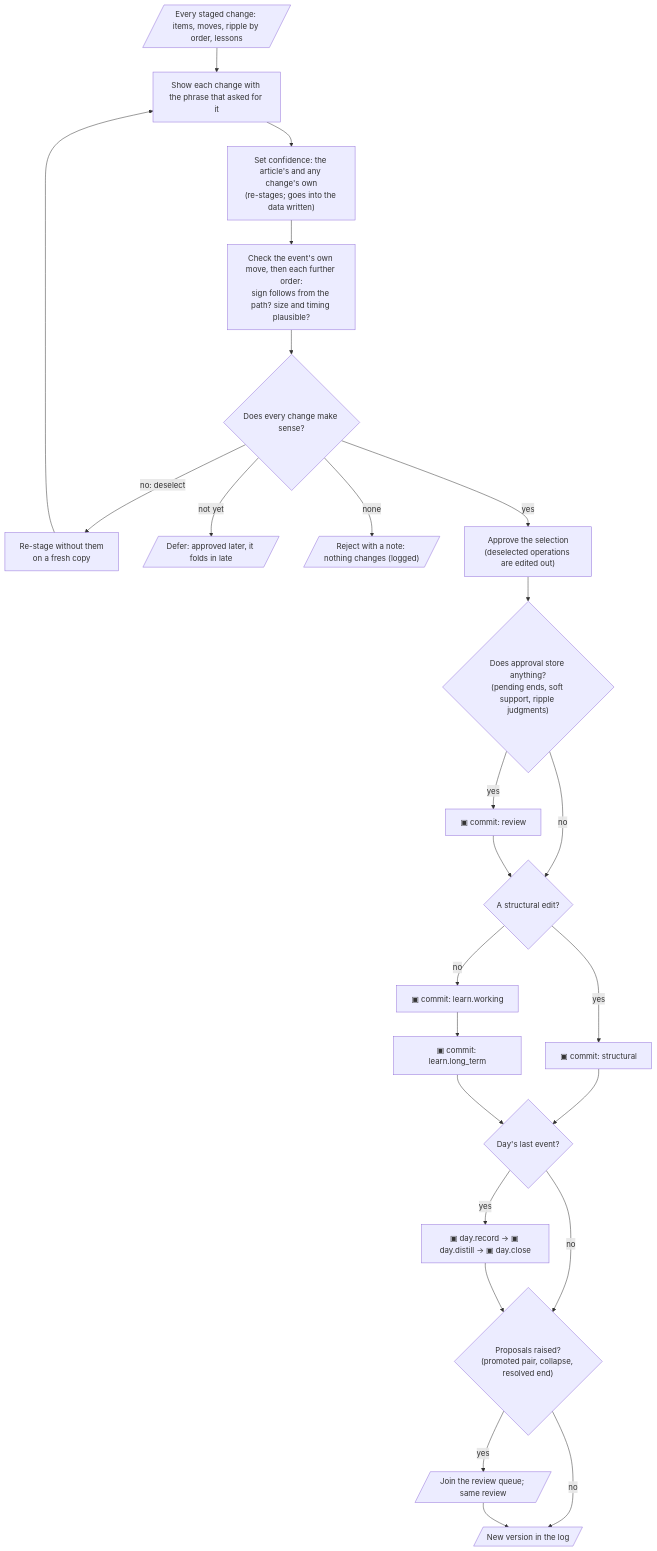
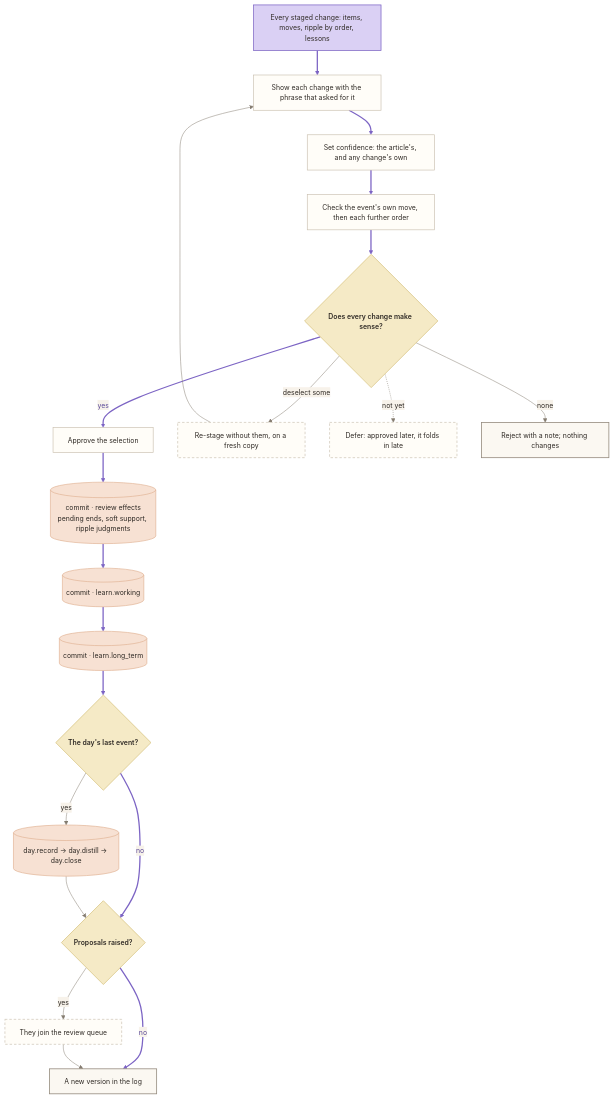
The first of 3 diagrams in docs/design/modules/M13-services.md (Axelrod-AI-Engineering/world-model), drawn with Mermaid before and after one commit. The commit also changed other lines of this file and 17 other files, not shown here.

First line of the commit message:
Diagrams in the app's flowchart style, with the happy path in purple; leaner design docs

````diff
--- a/docs/design/modules/M13-services.md
+++ b/docs/design/modules/M13-services.md
@@ -37,25 +37,34 @@
 ```mermaid
+%% style: begin (scripts/docs/style_mermaid.py)
+%%{init: {"theme": "base", "themeVariables": {"fontSize": "14px", "primaryColor": "#FFFDF8", "primaryBorderColor": "#C9BFAF", "primaryTextColor": "#2F2A25", "lineColor": "#857C70", "textColor": "#2F2A25", "secondaryColor": "#F7F2EA", "tertiaryColor": "#FBF8F2", "edgeLabelBackground": "#F7F2EA", "clusterBkg": "#F7F2EA", "clusterBorder": "#E4DACB", "titleColor": "#665E54"}}}%%
+%% style: end
 flowchart TD
-  ST[/"Every staged change: items, moves, ripple by order, lessons"/] --> SH["Show each change with the phrase that asked for it"]
-  SH --> CONF["Set confidence: the article's and any change's own<br/>(re-stages; goes into the data written)"]
-  CONF --> CHK["Check the event's own move, then each further order:<br/>sign follows from the path? size and timing plausible?"]
-  CHK --> OK{"Does every change make sense?"}
-  OK -- "no: deselect" --> RS["Re-stage without them<br/>on a fresh copy"] --> SH
-  OK -- "not yet" --> DEF[/"Defer: approved later, it folds in late"/]
-  OK -- "none" --> REJ[/"Reject with a note: nothing changes (logged)"/]
-  OK -- "yes" --> AP["Approve the selection<br/>(deselected operations are edited out)"]
-  AP --> EFF{"Does approval store anything?<br/>(pending ends, soft support, ripple judgments)"}
-  EFF -- yes --> C0["▣ commit: review"]
-  EFF -- no --> SE
-  C0 --> SE{"A structural edit?"}
-  SE -- yes --> C1["▣ commit: structural"]
-  SE -- no --> C2["▣ commit: learn.working"]
-  C2 --> C3["▣ commit: learn.long_term"]
-  C1 & C3 --> LAST{"Day's last event?"}
-  LAST -- yes --> C4["▣ day.record → ▣ day.distill → ▣ day.close"]
-  LAST -- no --> PR
-  C4 --> PR{"Proposals raised?<br/>(promoted pair, collapse, resolved end)"}
-  PR -- yes --> QUEUE[/"Join the review queue; same review"/]
-  PR -- no --> VER[/"New version in the log"/]
+  ST["Every staged change: items, moves, ripple by order, lessons"]:::start ==> SH["Show each change with the phrase that asked for it"]:::step
+  SH ==> CONF["Set confidence: the article's, and any change's own"]:::step
+  CONF ==> CHK["Check the event's own move, then each further order"]:::step
+  CHK ==> OK{"Does every change make sense?"}:::check
+  OK ==>|yes| AP["Approve the selection"]:::step
+  AP ==> C1[("commit · review effects<br/>pending ends, soft support, ripple judgments")]:::store
+  C1 ==> C2[("commit · learn.working")]:::store
+  C2 ==> C3[("commit · learn.long_term")]:::store
+  C3 ==> LAST{"The day's last event?"}:::check
+  LAST ==>|no| PR{"Proposals raised?"}:::check
+  PR ==>|no| VER["A new version in the log"]:::done
+  OK -->|deselect some| RS["Re-stage without them, on a fresh copy"]:::opt
+  RS --> SH
+  OK -.->|not yet| DEF["Defer: approved later, it folds in late"]:::opt
+  OK -->|none| REJ["Reject with a note; nothing changes"]:::done
+  LAST -->|yes| C4[("day.record → day.distill → day.close")]:::store
+  C4 --> PR
+  PR -->|yes| QUEUE["They join the review queue"]:::opt
   QUEUE --> VER
+  %% style: classes and happy path
+  classDef start fill:#DAD0F4,stroke:#7C64C4,stroke-width:1.5px,color:#2F2A25
+  classDef step fill:#FFFDF8,stroke:#C9BFAF,stroke-width:1.3px,color:#2F2A25
+  classDef opt fill:#FFFDF8,stroke:#C9BFAF,stroke-width:1.3px,stroke-dasharray:5 4,color:#2F2A25
+  classDef check fill:#F5EAC6,stroke:#D2BB72,stroke-width:1.3px,color:#2F2A25,font-weight:600
+  classDef store fill:#F7E1D3,stroke:#E0B092,stroke-width:1.3px,color:#2F2A25
+  classDef done fill:#FBF8F2,stroke:#93897C,stroke-width:1.6px,color:#2F2A25
+  linkStyle 0,1,2,3,4,5,6,7,8,9,10 stroke:#7C64C4,stroke-width:2.6px,color:#5B4A99
+  %% style: end
 ```
````
